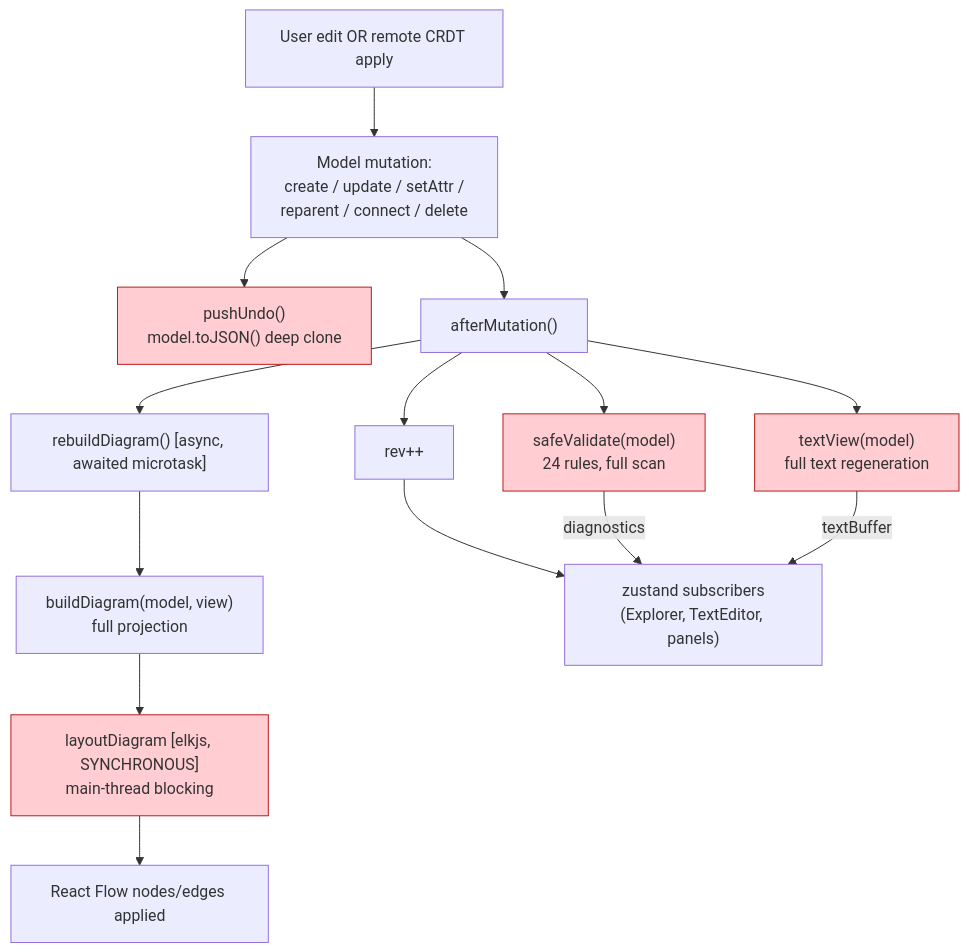
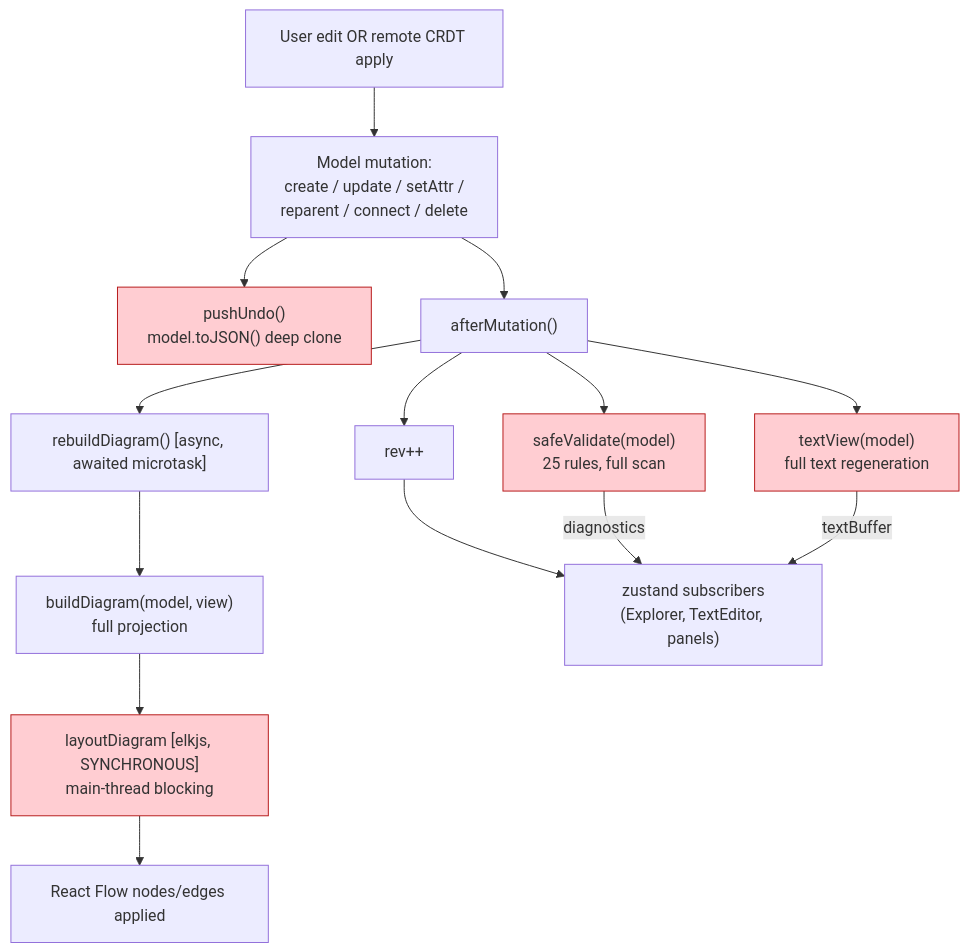
The third of 7 diagrams in docs/architecture/05-data-flow.md (cosmindxu/sysprose), drawn with Mermaid before and after one commit. The commit also changed 37 other files, not shown here.

````diff
--- a/docs/architecture/05-data-flow.md
+++ b/docs/architecture/05-data-flow.md
@@ -98,32 +98,32 @@
 ```mermaid
 flowchart TB
     trigger["User edit OR remote CRDT apply"]
     op["Model mutation:\ncreate / update / setAttr /\nreparent / connect / delete"]
     pushUndo["pushUndo()\nmodel.toJSON() deep clone"]
     afterMut["afterMutation()"]
-    validate["safeValidate(model)\n24 rules, full scan"]
+    validate["safeValidate(model)\n25 rules, full scan"]
     serialize["textView(model)\nfull text regeneration"]
     bump["rev++"]
     rebuild["rebuildDiagram() [async, awaited microtask]"]
     build["buildDiagram(model, view)\nfull projection"]
     layout["layoutDiagram [elkjs, SYNCHRONOUS]\nmain-thread blocking"]
     apply["React Flow nodes/edges applied"]
     listeners[" zustand subscribers\n(Explorer, TextEditor, panels)"]
 
     trigger --> op
     op --> pushUndo
     op --> afterMut
     afterMut --> validate
     afterMut --> serialize
     afterMut --> bump
     afterMut --> rebuild
     rebuild --> build
     build --> layout
     layout --> apply
     bump --> listeners
     validate -->|diagnostics| listeners
     serialize -->|textBuffer| listeners
 
     classDef hot fill:#ffcdd2,stroke:#b71c1c
     class validate,serialize,layout,pushUndo hot
 ```
````
